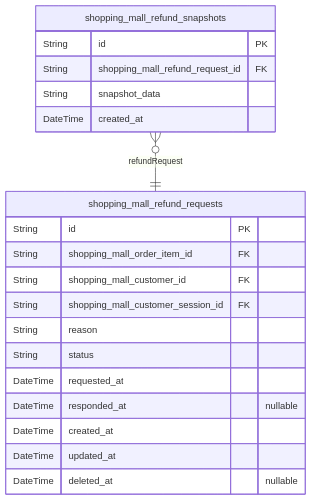
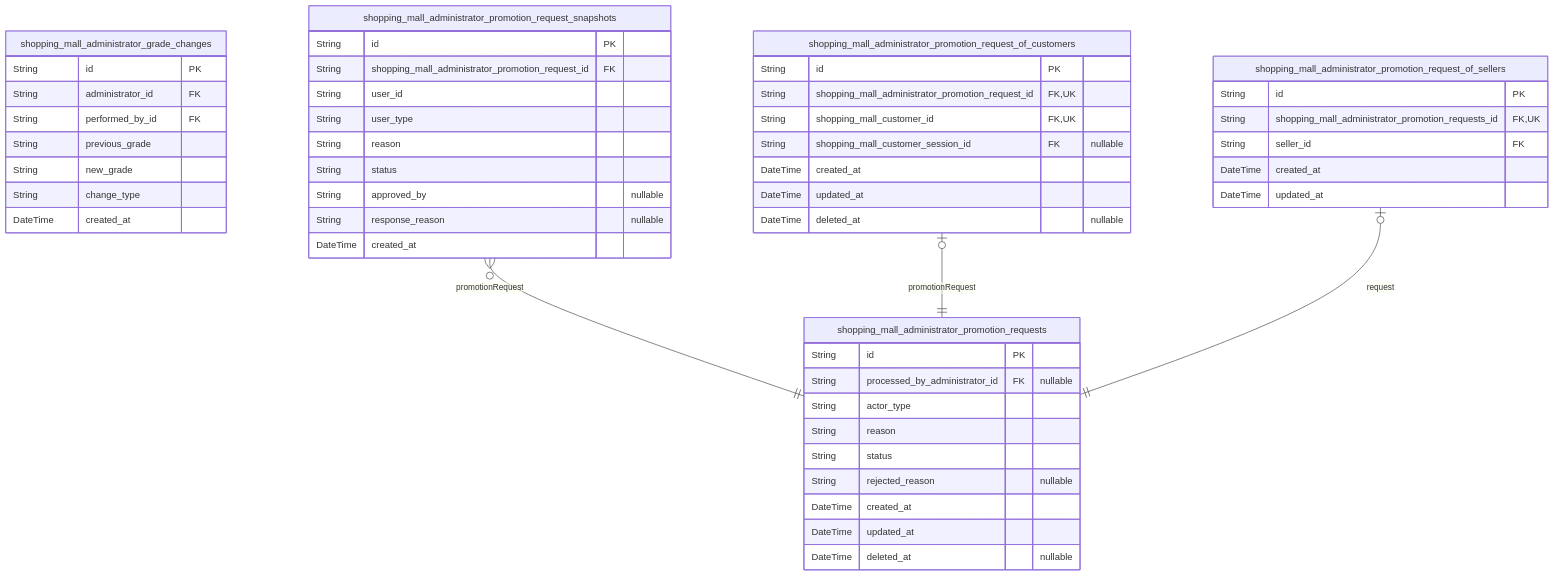
The ninth of 10 diagrams in qwen/qwen3.5-27b/shopping/docs/ERD.md (wrtnlabs/autobe-examples), drawn with Mermaid before and after one commit. The commit also changed other lines of this file and 32093 other files, not shown here.

````diff
--- a/qwen/qwen3.5-27b/shopping/docs/ERD.md
+++ b/qwen/qwen3.5-27b/shopping/docs/ERD.md
@@ -1290,23 +3088,53 @@
 ```mermaid
 erDiagram
-"shopping_mall_refund_requests" {
+"shopping_mall_administrator_promotion_requests" {
   String id PK
-  String shopping_mall_order_item_id FK
-  String shopping_mall_customer_id FK
-  String shopping_mall_customer_session_id FK
+  String processed_by_administrator_id FK "nullable"
+  String actor_type
   String reason
   String status
-  DateTime requested_at
-  DateTime responded_at "nullable"
+  String rejected_reason "nullable"
   DateTime created_at
   DateTime updated_at
   DateTime deleted_at "nullable"
 }
-"shopping_mall_refund_snapshots" {
+"shopping_mall_administrator_grade_changes" {
   String id PK
-  String shopping_mall_refund_request_id FK
-  String snapshot_data
+  String administrator_id FK
+  String performed_by_id FK
+  String previous_grade
+  String new_grade
+  String change_type
   DateTime created_at
 }
-"shopping_mall_refund_snapshots" }o--|| "shopping_mall_refund_requests" : refundRequest
+"shopping_mall_administrator_promotion_request_snapshots" {
+  String id PK
+  String shopping_mall_administrator_promotion_request_id FK
+  String user_id
+  String user_type
+  String reason
+  String status
+  String approved_by "nullable"
+  String response_reason "nullable"
+  DateTime created_at
+}
+"shopping_mall_administrator_promotion_request_of_customers" {
+  String id PK
+  String shopping_mall_administrator_promotion_request_id FK,UK
+  String shopping_mall_customer_id FK,UK
+  String shopping_mall_customer_session_id FK "nullable"
+  DateTime created_at
+  DateTime updated_at
+  DateTime deleted_at "nullable"
+}
+"shopping_mall_administrator_promotion_request_of_sellers" {
+  String id PK
+  String shopping_mall_administrator_promotion_requests_id FK,UK
+  String seller_id FK
+  DateTime created_at
+  DateTime updated_at
+}
+"shopping_mall_administrator_promotion_request_snapshots" }o--|| "shopping_mall_administrator_promotion_requests" : promotionRequest
+"shopping_mall_administrator_promotion_request_of_customers" |o--|| "shopping_mall_administrator_promotion_requests" : promotionRequest
+"shopping_mall_administrator_promotion_request_of_sellers" |o--|| "shopping_mall_administrator_promotion_requests" : request
 ```
````
